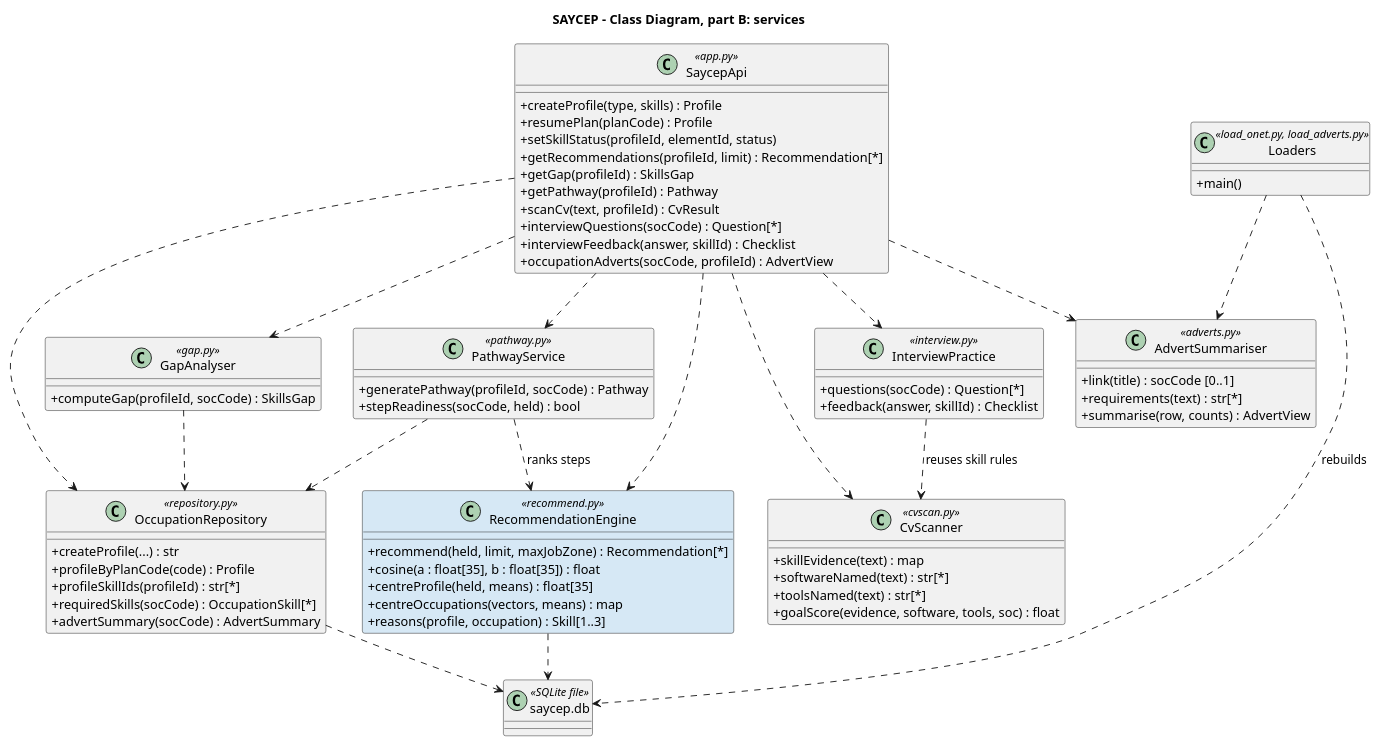
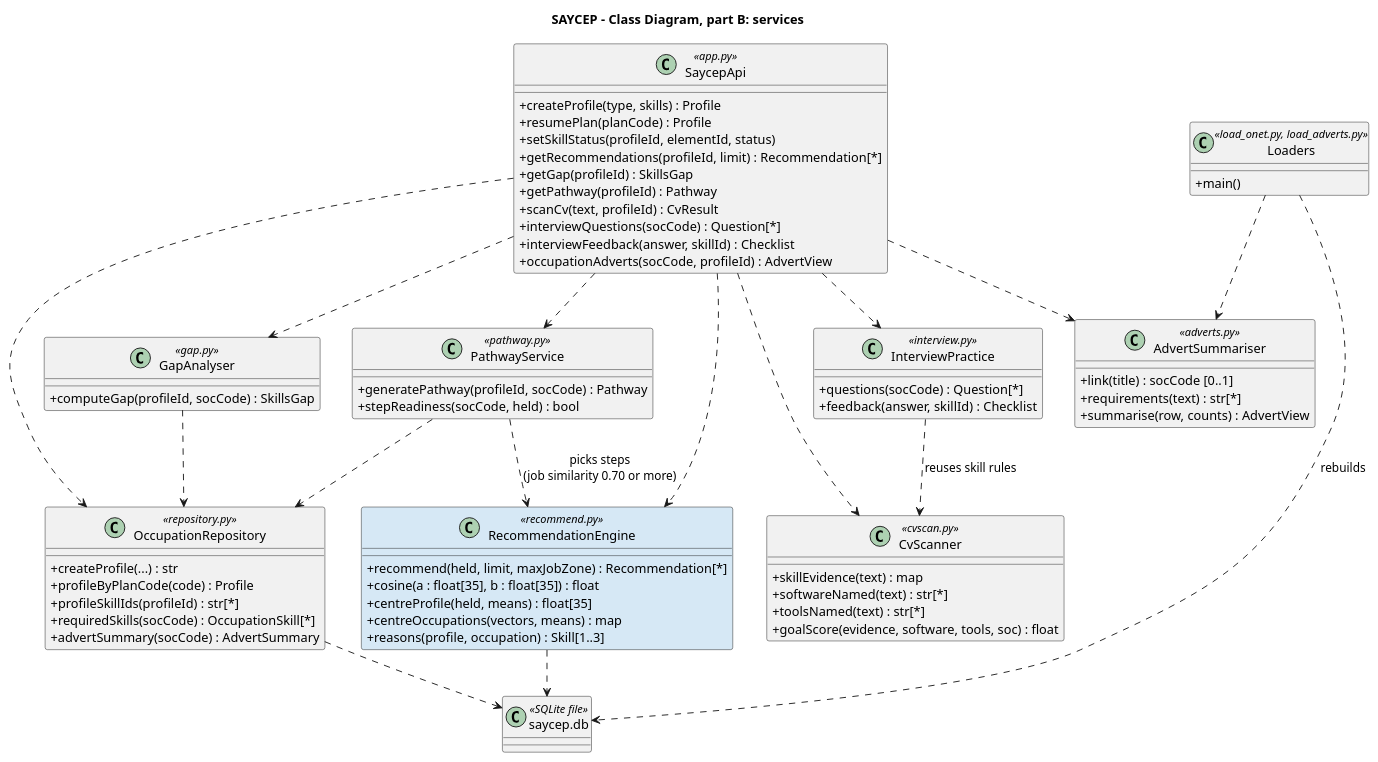
Before and after one commit to ShogunLSG/SAYCEP: the diagram in docs/uml/a4/03b-class-services.puml, drawn with PlantUML. The commit also changed 1 other file, not shown here.

Commit message:
UML: the activity and class-services diagrams match the Pathway ladder
The activity diagram said "three steps plus the target" and the class diagram
said the Pathway Service "ranks steps". The route is now a ladder of up to three
lower-level steps (ADR-0034), chosen by job similarity of 0.70 or more. The PNGs
are not re-rendered yet (no PlantUML on this machine).

```diff
--- a/docs/uml/a4/03b-class-services.puml
+++ b/docs/uml/a4/03b-class-services.puml
@@ -1,77 +1,77 @@
 @startuml SAYCEP_A4_Class_Services
 ' Assignment 4 Q3.3, part B - the service classes and their main operations.
 title SAYCEP - Class Diagram, part B: services
 skinparam classAttributeIconSize 0
 skinparam shadowing false
 skinparam nodesep 35
 skinparam ranksep 50
 
 class SaycepApi <<app.py>> {
   + createProfile(type, skills) : Profile
   + resumePlan(planCode) : Profile
   + setSkillStatus(profileId, elementId, status)
   + getRecommendations(profileId, limit) : Recommendation[*]
   + getGap(profileId) : SkillsGap
   + getPathway(profileId) : Pathway
   + scanCv(text, profileId) : CvResult
   + interviewQuestions(socCode) : Question[*]
   + interviewFeedback(answer, skillId) : Checklist
   + occupationAdverts(socCode, profileId) : AdvertView
 }
 class RecommendationEngine <<recommend.py>> #D6E8F5 {
   + recommend(held, limit, maxJobZone) : Recommendation[*]
   + cosine(a : float[35], b : float[35]) : float
   + centreProfile(held, means) : float[35]
   + centreOccupations(vectors, means) : map
   + reasons(profile, occupation) : Skill[1..3]
 }
 class GapAnalyser <<gap.py>> {
   + computeGap(profileId, socCode) : SkillsGap
 }
 class PathwayService <<pathway.py>> {
   + generatePathway(profileId, socCode) : Pathway
   + stepReadiness(socCode, held) : bool
 }
 class CvScanner <<cvscan.py>> {
   + skillEvidence(text) : map
   + softwareNamed(text) : str[*]
   + toolsNamed(text) : str[*]
   + goalScore(evidence, software, tools, soc) : float
 }
 class InterviewPractice <<interview.py>> {
   + questions(socCode) : Question[*]
   + feedback(answer, skillId) : Checklist
 }
 class AdvertSummariser <<adverts.py>> {
   + link(title) : socCode [0..1]
   + requirements(text) : str[*]
   + summarise(row, counts) : AdvertView
 }
 class OccupationRepository <<repository.py>> {
   + createProfile(...) : str
   + profileByPlanCode(code) : Profile
   + profileSkillIds(profileId) : str[*]
   + requiredSkills(socCode) : OccupationSkill[*]
   + advertSummary(socCode) : AdvertSummary
 }
 class Loaders <<load_onet.py, load_adverts.py>> {
   + main()
 }
 class "saycep.db" as DB <<SQLite file>>
 
 SaycepApi ..> RecommendationEngine
 SaycepApi ..> GapAnalyser
 SaycepApi ..> PathwayService
 SaycepApi ..> CvScanner
 SaycepApi ..> InterviewPractice
 SaycepApi ..> AdvertSummariser
 SaycepApi ..> OccupationRepository
-PathwayService ..> RecommendationEngine : ranks steps
+PathwayService ..> RecommendationEngine : picks steps\n(job similarity 0.70 or more)
 PathwayService ..> OccupationRepository
 GapAnalyser ..> OccupationRepository
 InterviewPractice ..> CvScanner : reuses skill rules
 RecommendationEngine ..> DB
 OccupationRepository ..> DB
 Loaders ..> DB : rebuilds
 Loaders ..> AdvertSummariser
 @enduml
```
